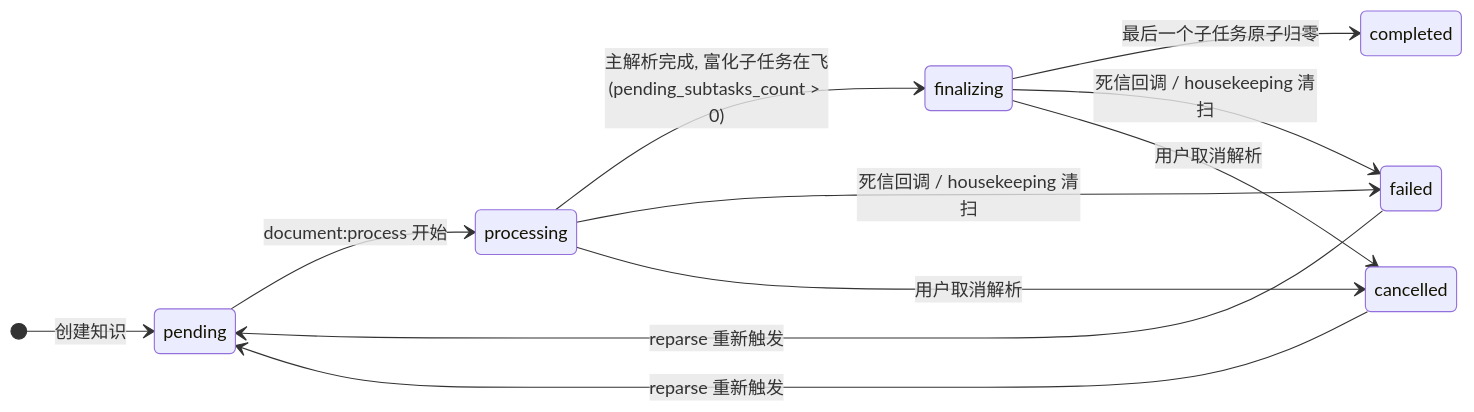
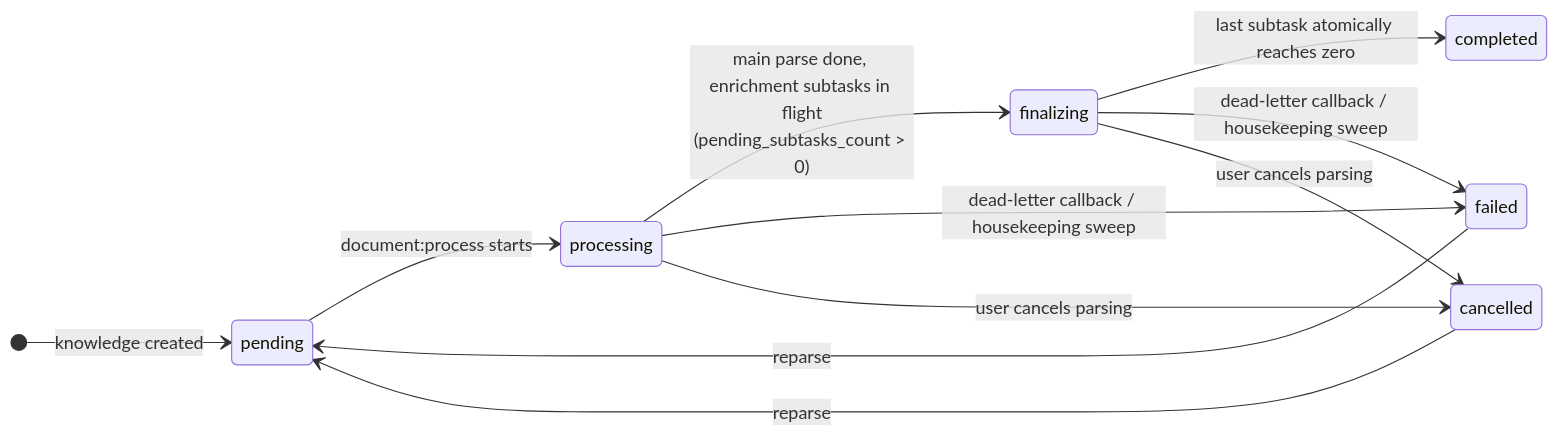
Before and after one commit to jrmatherly/ai-kb: the third of 3 diagrams in website-docs/02-architecture/05-async-tasks.md, drawn with Mermaid. The commit also changed other lines of this file and 7 other files, not shown here.

First line of the commit message:
docs(architecture): translate to English, rebrand to AI KB, verify against code

````diff
--- a/website-docs/02-architecture/05-async-tasks.md
+++ b/website-docs/02-architecture/05-async-tasks.md
@@ -229,20 +229,20 @@
 ```mermaid
 stateDiagram-v2
     direction LR
-    [*] --> k_pending : 创建知识
-    k_pending --> k_processing : document:process 开始
-    k_processing --> k_finalizing : 主解析完成, 富化子任务在飞<br/>(pending_subtasks_count > 0)
-    k_finalizing --> k_completed : 最后一个子任务原子归零
-    k_processing --> k_failed : 死信回调 / housekeeping 清扫
-    k_finalizing --> k_failed : 死信回调 / housekeeping 清扫
-    k_processing --> k_cancelled : 用户取消解析
-    k_finalizing --> k_cancelled : 用户取消解析
-    k_cancelled --> k_pending : reparse 重新触发
-    k_failed --> k_pending : reparse 重新触发
+    [*] --> k_pending : knowledge created
+    k_pending --> k_processing : document:process starts
+    k_processing --> k_finalizing : main parse done, enrichment subtasks in flight<br/>(pending_subtasks_count > 0)
+    k_finalizing --> k_completed : last subtask atomically reaches zero
+    k_processing --> k_failed : dead-letter callback / housekeeping sweep
+    k_finalizing --> k_failed : dead-letter callback / housekeeping sweep
+    k_processing --> k_cancelled : user cancels parsing
+    k_finalizing --> k_cancelled : user cancels parsing
+    k_cancelled --> k_pending : reparse
+    k_failed --> k_pending : reparse
     k_pending : pending
     k_processing : processing
     k_finalizing : finalizing
     k_completed : completed
     k_failed : failed
     k_cancelled : cancelled
 ```
````
